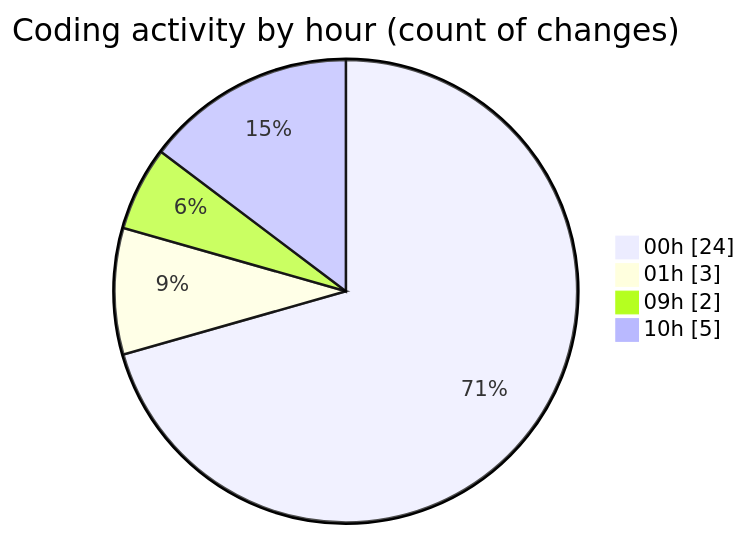
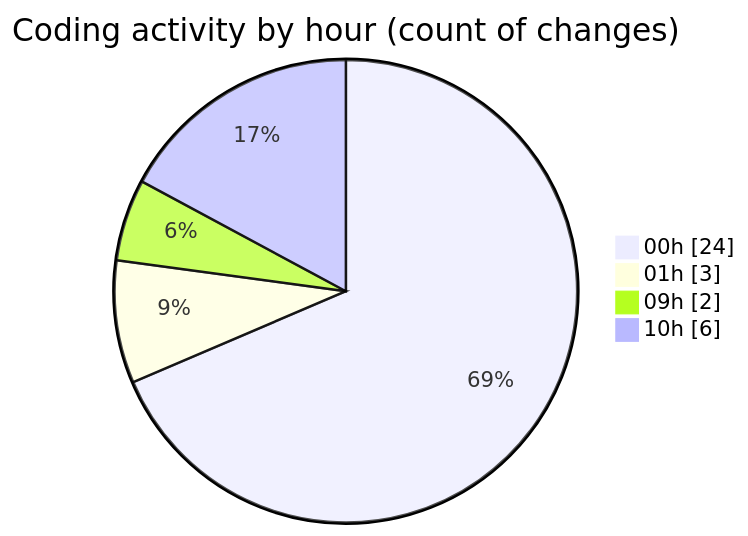
The second of 2 diagrams in 2025-11-24/eventscop-frontend-guide__workspace_/README.md (julien-gomy/code-tracking), drawn with Mermaid before and after one commit. The commit also changed other lines of this file and 1 other file, not shown here.

````diff
--- a/2025-11-24/eventscop-frontend-guide__workspace_/README.md
+++ b/2025-11-24/eventscop-frontend-guide__workspace_/README.md
@@ -39,8 +40,8 @@
 ```mermaid
 pie showData
 title Coding activity by hour (count of changes)
 "00h" : 24
 "01h" : 3
 "09h" : 2
-"10h" : 5
+"10h" : 6
 ```
````
